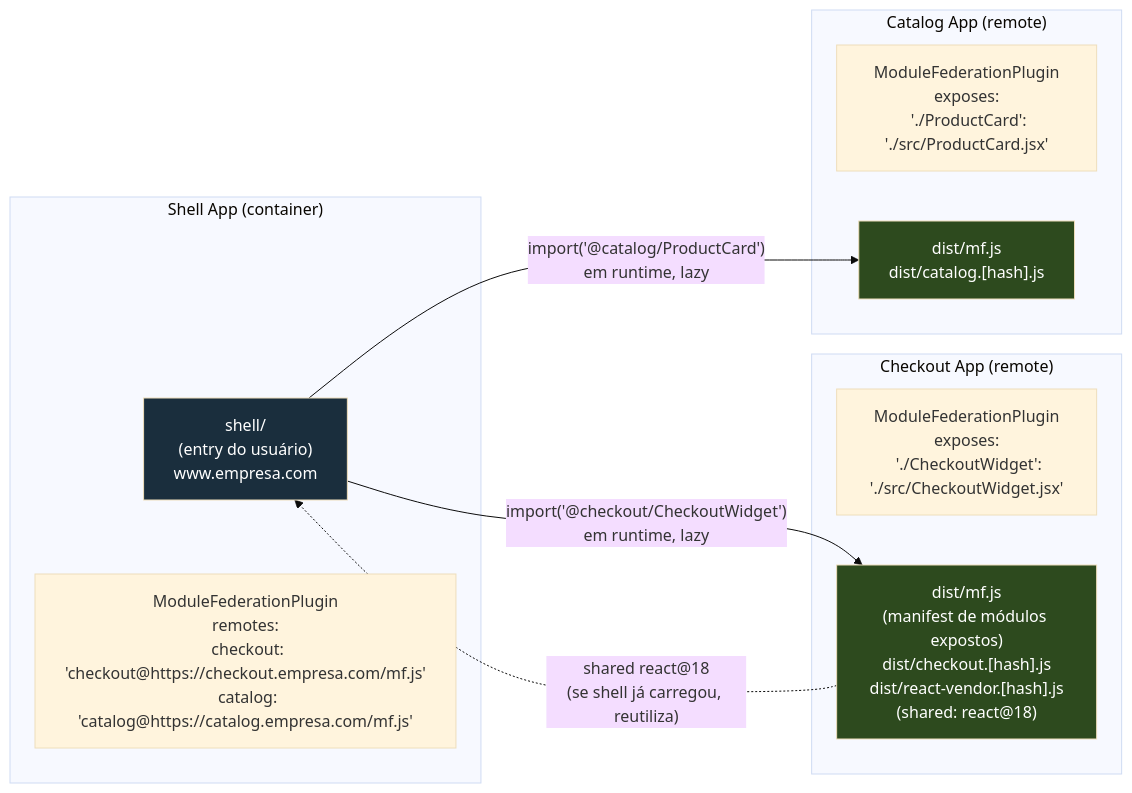
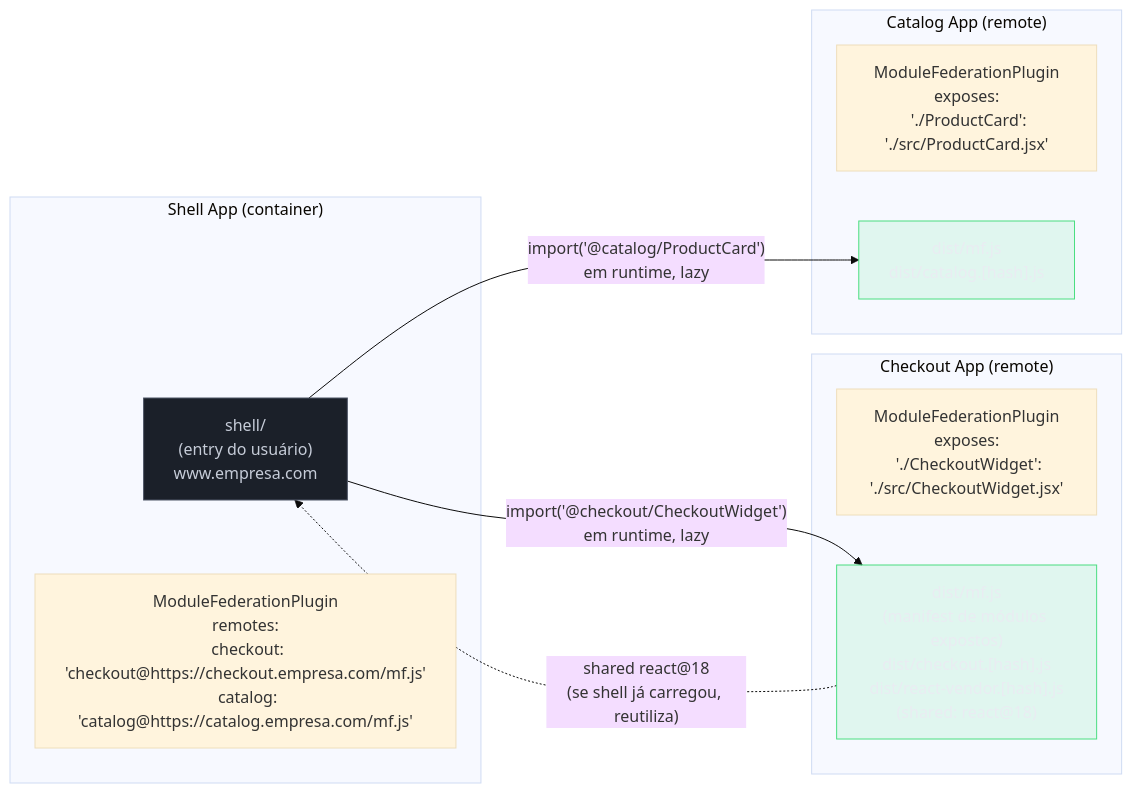
The seventh of 10 diagrams in 03-Dominios/Tecnologia/Tooling e Build/11 - webpack - o veterano.md (josenaldo/codex-technomanticus), drawn with Mermaid (base theme) before and after one commit. The commit also changed other lines of this file and 1181 other files, not shown here.

First line of the commit message:
fix(diagramas): paleta do sistema no lugar de cor cravada no markdown

````diff
--- a/03-Dominios/Tecnologia/Tooling e Build/11 - webpack - o veterano.md
+++ b/03-Dominios/Tecnologia/Tooling e Build/11 - webpack - o veterano.md
@@ -848,25 +859,27 @@
 ```mermaid
 flowchart LR
+    classDef neutro fill:#1B2029,stroke:#4E5666,color:#C6CCD8
+    classDef ok fill:#4ADE8021,stroke:#4ADE80,color:#E9ECF2
     subgraph "Shell App (container)"
         SHELL["shell/\n(entry do usuário)\nwww.empresa.com"]
         SHELL_MF["ModuleFederationPlugin\nremotes:\n  checkout: 'checkout@https://checkout.empresa.com/mf.js'\n  catalog: 'catalog@https://catalog.empresa.com/mf.js'"]
     end
 
     subgraph "Checkout App (remote)"
         CHECK_MF["ModuleFederationPlugin\nexposes:\n  './CheckoutWidget': './src/CheckoutWidget.jsx'"]
         CHECK_BUILD["dist/mf.js\n(manifest de módulos expostos)\ndist/checkout.[hash].js\ndist/react-vendor.[hash].js\n(shared: react@18)"]
     end
 
     subgraph "Catalog App (remote)"
         CAT_MF["ModuleFederationPlugin\nexposes:\n  './ProductCard': './src/ProductCard.jsx'"]
         CAT_BUILD["dist/mf.js\ndist/catalog.[hash].js"]
     end
 
     SHELL -->|"import('@checkout/CheckoutWidget')\nem runtime, lazy"| CHECK_BUILD
     SHELL -->|"import('@catalog/ProductCard')\nem runtime, lazy"| CAT_BUILD
     CHECK_BUILD -.->|"shared react@18\n(se shell já carregou, reutiliza)"| SHELL
 
-    style SHELL fill:#1a2e3d,color:#fff
-    style CHECK_BUILD fill:#2d4a1e,color:#fff
-    style CAT_BUILD fill:#2d4a1e,color:#fff
+    class SHELL neutro
+    class CHECK_BUILD ok
+    class CAT_BUILD ok
 ```
````
